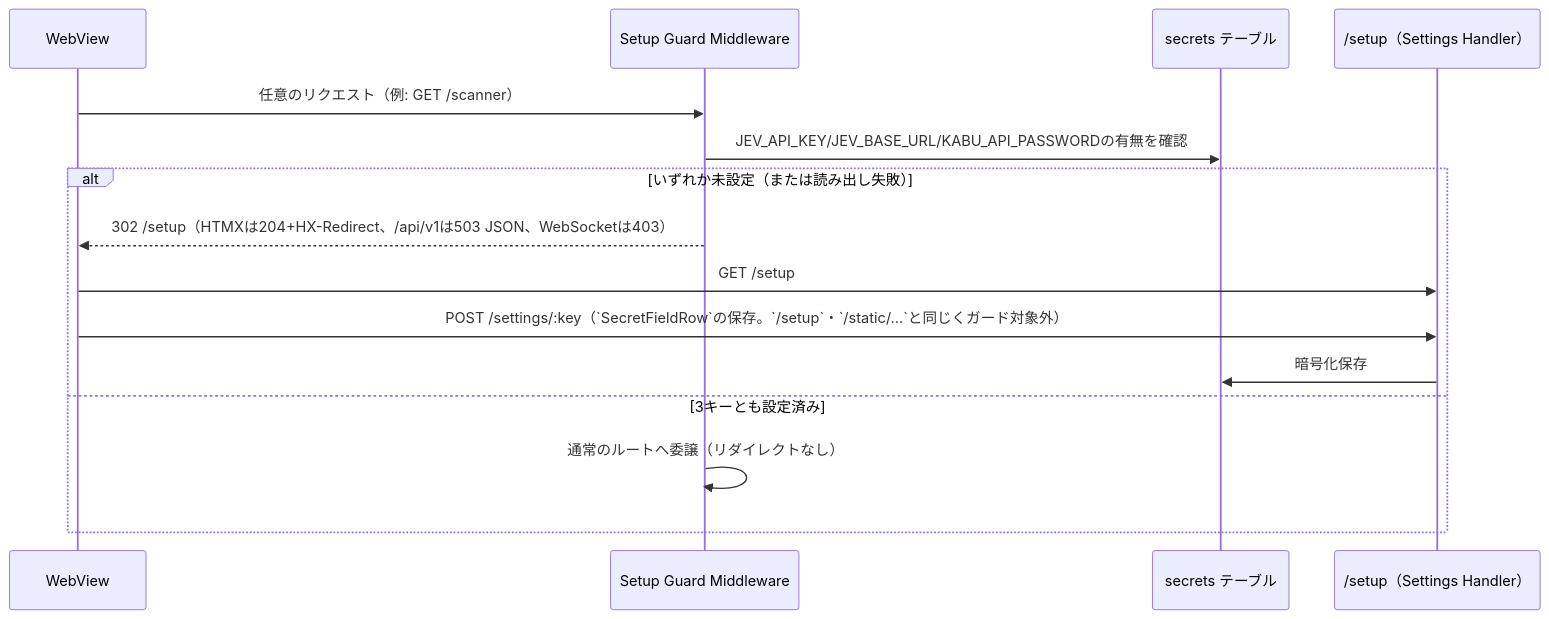
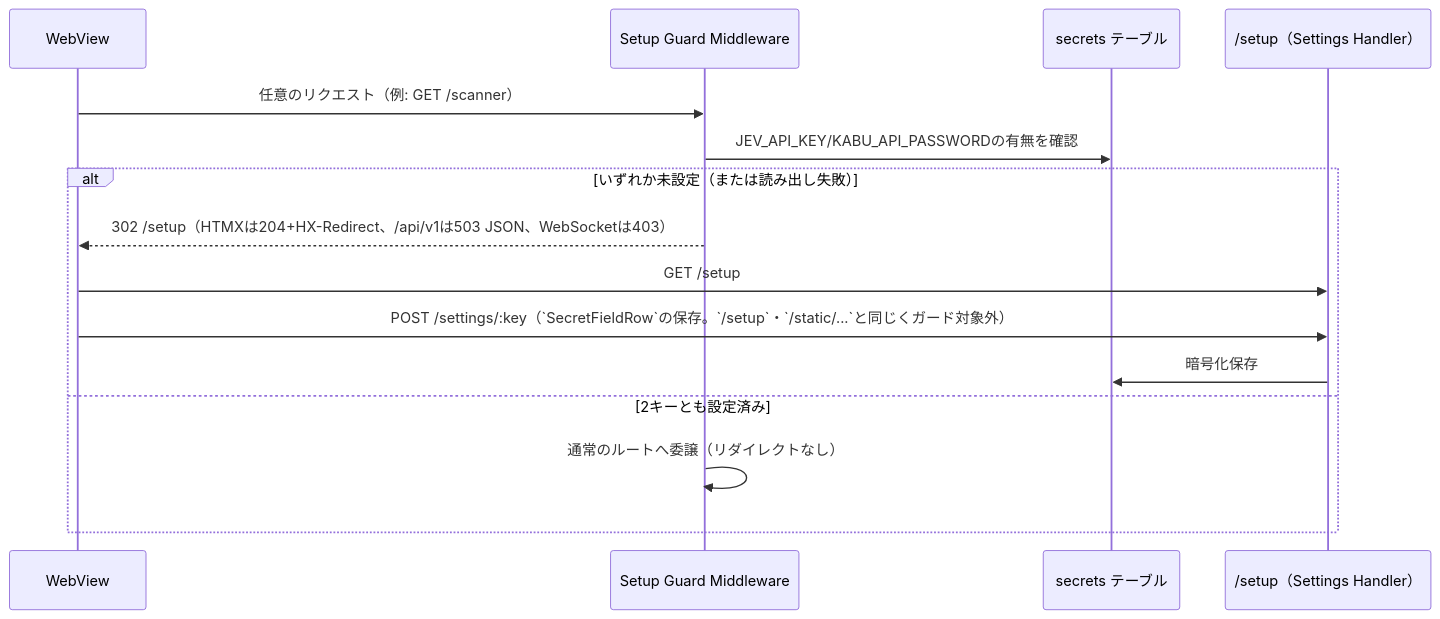
The fourth of 5 diagrams in docs/architecture/overview/flows.md (ousiassllc/pitha-trador), drawn with Mermaid before and after one commit. The commit also changed other lines of this file and 24 other files, not shown here.

````diff
--- a/docs/architecture/overview/flows.md
+++ b/docs/architecture/overview/flows.md
@@ -93,18 +93,18 @@
 ```mermaid
 sequenceDiagram
     participant UI as WebView
     participant SG as Setup Guard Middleware
     participant DB as secrets テーブル
     participant SET as /setup（Settings Handler）
 
     UI->>SG: 任意のリクエスト（例: GET /scanner）
-    SG->>DB: JEV_API_KEY/JEV_BASE_URL/KABU_API_PASSWORDの有無を確認
+    SG->>DB: JEV_API_KEY/KABU_API_PASSWORDの有無を確認
     alt いずれか未設定（または読み出し失敗）
         SG-->>UI: 302 /setup（HTMXは204+HX-Redirect、/api/v1は503 JSON、WebSocketは403）
         UI->>SET: GET /setup
         UI->>SET: POST /settings/:key（`SecretFieldRow`の保存。`/setup`・`/static/...`と同じくガード対象外）
         SET->>DB: 暗号化保存
-    else 3キーとも設定済み
+    else 2キーとも設定済み
         SG->>SG: 通常のルートへ委譲（リダイレクトなし）
     end
 ```
````
